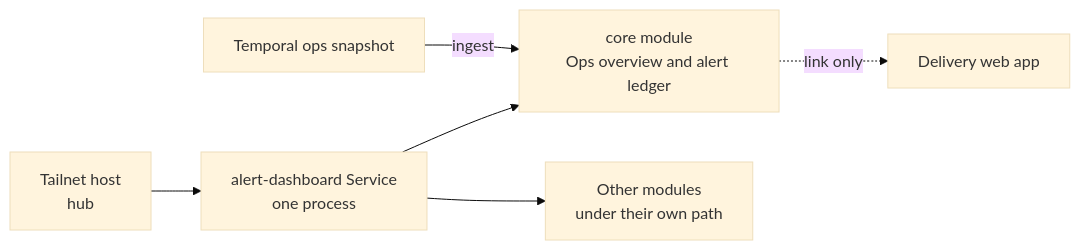
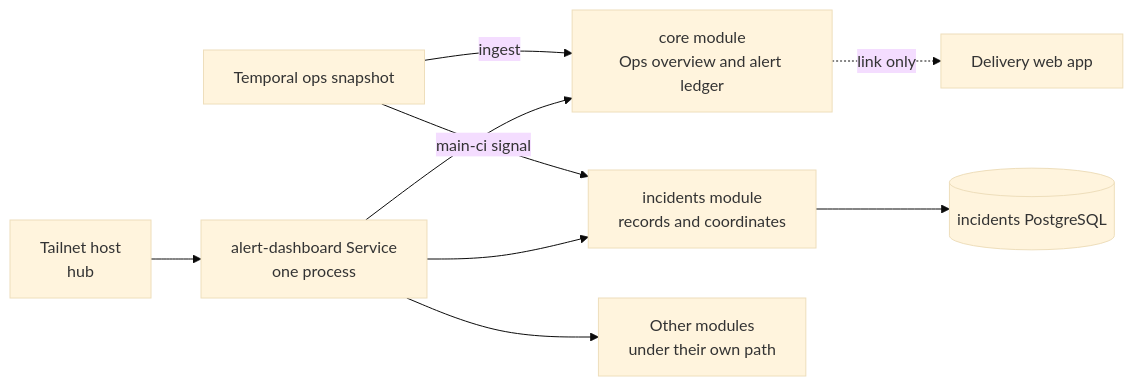
The diagram in packages/docs/wiki/src/content/docs/explanation/homelab/hub.md (shepherdjerred/monorepo), drawn with Mermaid (base theme) before and after one commit. The commit also changed other lines of this file and 19 other files, not shown here.

First line of the commit message:
feat(alert-dashboard): mount Incidents as a storage-backed Hub module

````diff
--- a/packages/docs/wiki/src/content/docs/explanation/homelab/hub.md
+++ b/packages/docs/wiki/src/content/docs/explanation/homelab/hub.md
@@ -16,18 +18,23 @@
 ```mermaid
 flowchart LR
   accTitle: Hub, its modules, and Delivery
-  accDescr: The hub tailnet host reaches one alert-dashboard Service. Inside it, the core module serves the operations overview and the alert ledger, and other modules mount beside it. The Temporal ops snapshot feeds the core module. Delivery is a separate app that Hub reaches only through browser links.
+  accDescr: The hub tailnet host reaches one alert-dashboard Service. Inside it, the core module serves the operations overview and the alert ledger, the incidents module writes to its own PostgreSQL database, and other modules mount beside them. The Temporal ops snapshot feeds the core module and sends main-ci signals to incidents. Delivery is a separate app that Hub reaches only through browser links.
 
   HOSTS[Tailnet host\nhub]
   SVC[alert-dashboard Service\none process]
   CORE[core module\nOps overview and alert ledger]
+  INC[incidents module\nrecords and coordinates]
+  INCDB[(incidents PostgreSQL)]
   MODS[Other modules\nunder their own path]
   SNAP[Temporal ops snapshot]
   DELIVERY[Delivery web app]
 
   HOSTS --> SVC
   SVC --> CORE
+  SVC --> INC
   SVC --> MODS
+  INC --> INCDB
   SNAP -->|ingest| CORE
+  SNAP -->|main-ci signal| INC
   CORE -.->|link only| DELIVERY
 ```
````
